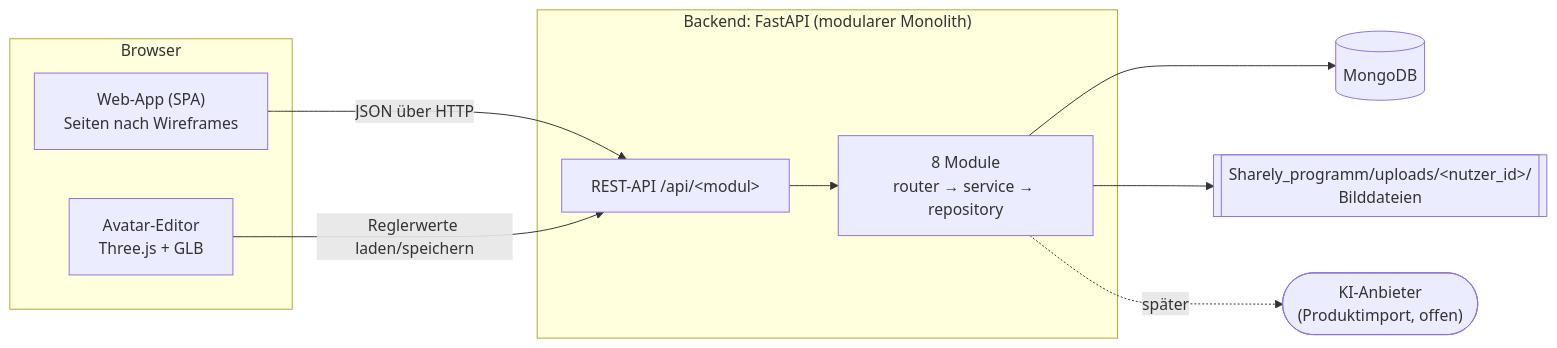
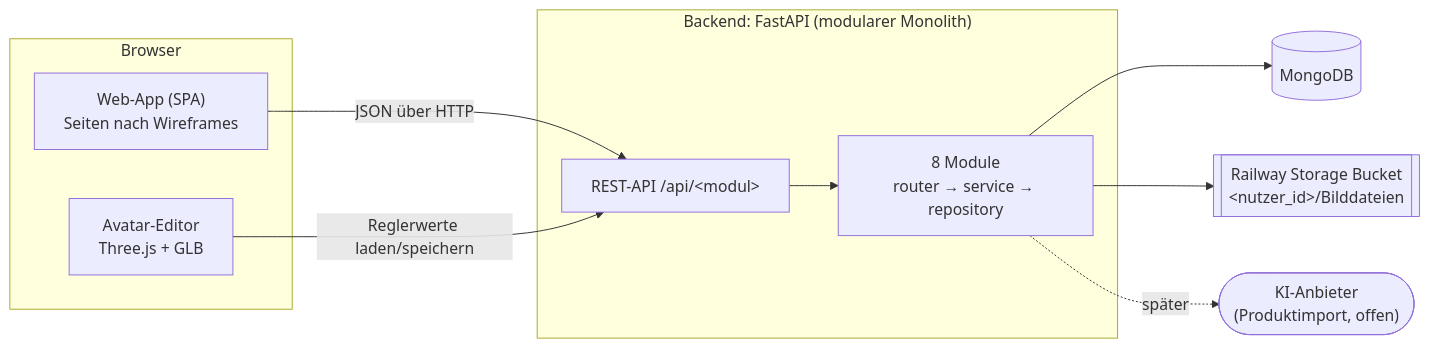
One commit to Kathamesser/digitaler-Kleiderschrank changed the first of 2 diagrams in docs/PROJEKTDOKUMENTATION.md. Above: the diagram before and after it, drawn with Mermaid. The commit also changed other lines of this file and 15 other files, not shown here.

First line of the commit message:
Bilder in gemeinsamen Railway Storage Bucket statt lokaler Ordner

````diff
--- a/docs/PROJEKTDOKUMENTATION.md
+++ b/docs/PROJEKTDOKUMENTATION.md
@@ -182,20 +182,20 @@
 ```mermaid
 flowchart LR
     subgraph Browser
         UI["Web-App (SPA)<br/>Seiten nach Wireframes"]
         ED["Avatar-Editor<br/>Three.js + GLB"]
     end
     subgraph Server["Backend: FastAPI (modularer Monolith)"]
         API["REST-API /api/&lt;modul&gt;"]
         M["8 Module<br/>router → service → repository"]
     end
     DB[("MongoDB")]
-    FS[["Sharely_programm/uploads/&lt;nutzer_id&gt;/<br/>Bilddateien"]]
+    FS[["Railway Storage Bucket<br/>&lt;nutzer_id&gt;/Bilddateien"]]
     KI(["KI-Anbieter<br/>(Produktimport, offen)"])
     UI -- "JSON über HTTP" --> API
     ED -- "Reglerwerte laden/speichern" --> API
     API --> M
     M --> DB
     M --> FS
     M -. später .-> KI
 ```
````
